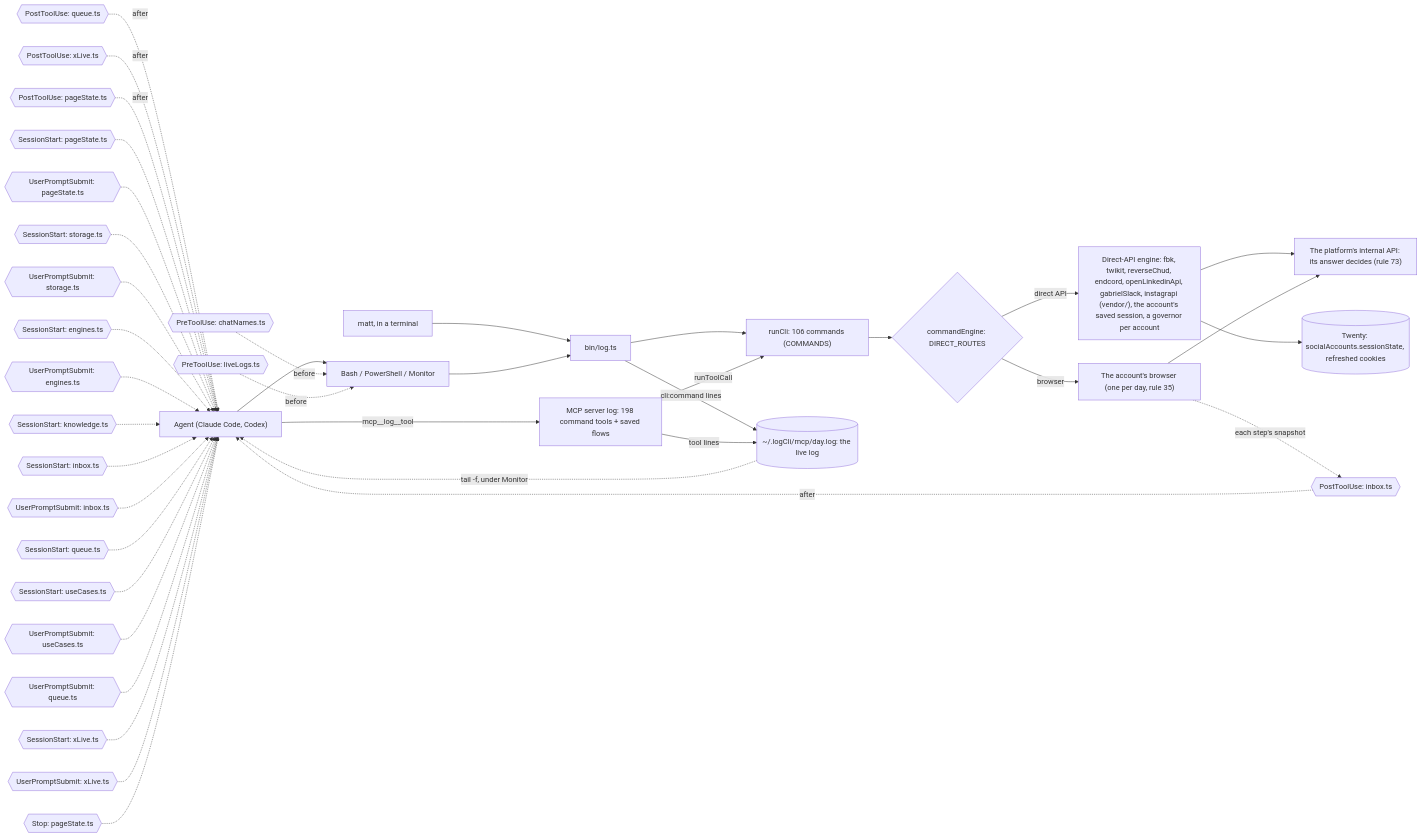
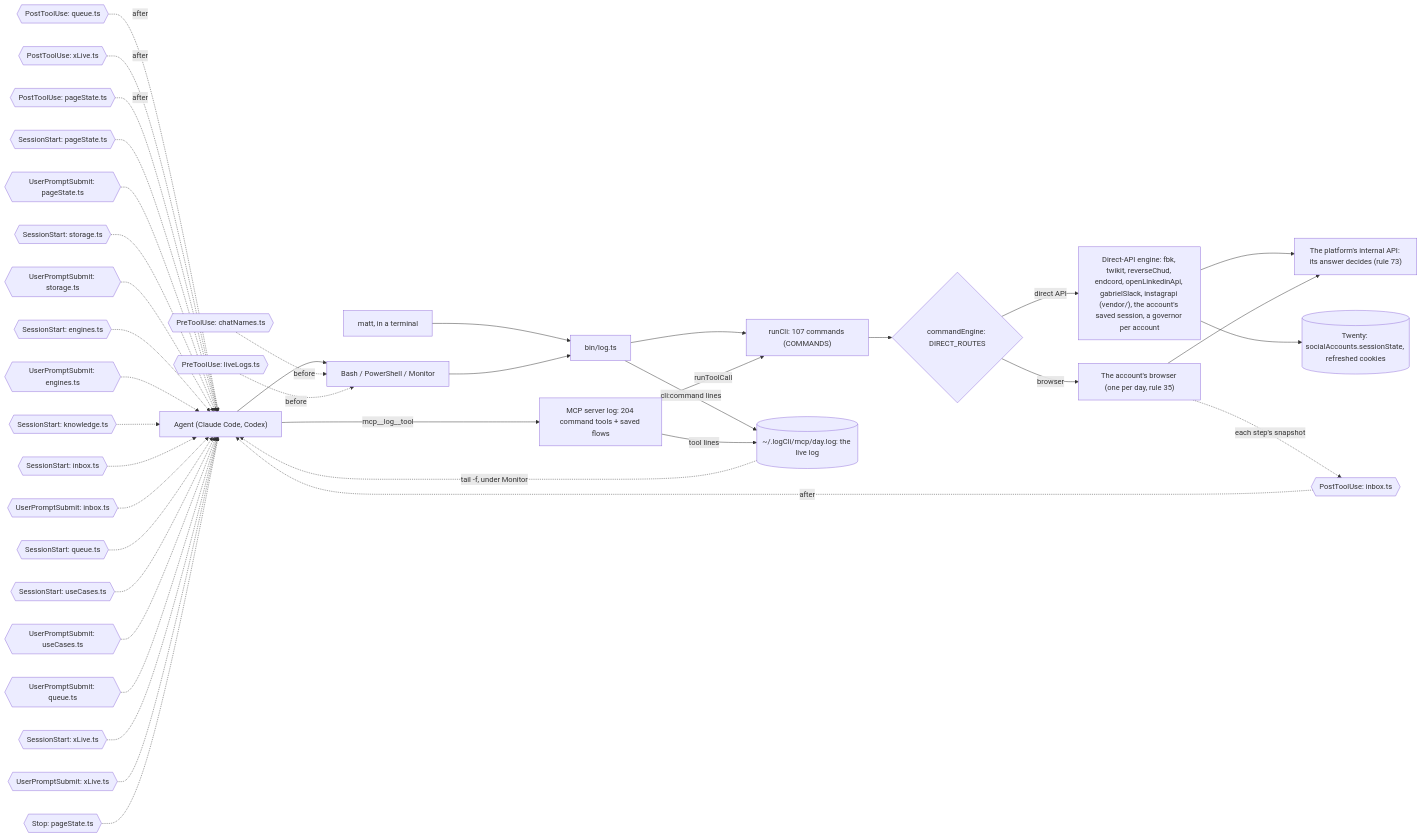
One commit to matthewdonsemail-lab/log changed the third of 6 diagrams in docs/reference.md. Above: the diagram before and after it, drawn with Mermaid. The commit also changed other lines of this file and 79 other files, not shown here.

````diff
--- a/docs/reference.md
+++ b/docs/reference.md
@@ -195,53 +195,53 @@
 ```mermaid
 flowchart LR
   agent["Agent (Claude Code, Codex)"]
   matt["matt, in a terminal"]
   shell["Bash / PowerShell / Monitor"]
-  mcp["MCP server log: 198 command tools + saved flows"]
+  mcp["MCP server log: 204 command tools + saved flows"]
   bin["bin/log.ts"]
-  runCli["runCli: 106 commands (COMMANDS)"]
+  runCli["runCli: 107 commands (COMMANDS)"]
   live[("~/.logCli/mcp/day.log: the live log")]
   engine{"commandEngine: DIRECT_ROUTES"}
   direct["Direct-API engine: fbk, twikit, reverseChud, endcord, openLinkedinApi, gabrielSlack, instagrapi (vendor/), the account's saved session, a governor per account"]
   browser["The account's browser (one per day, rule 35)"]
   api["The platform's internal API: its answer decides (rule 73)"]
   twenty[("Twenty: socialAccounts.sessionState, refreshed cookies")]
   agent --> shell
   matt --> bin
   shell --> bin
   agent -->|mcp__log__tool| mcp
   bin --> runCli
   mcp -->|runToolCall| runCli
   runCli --> engine
   engine -->|direct API| direct
   engine -->|browser| browser
   direct --> api
   browser --> api
   direct --> twenty
   bin -->|cli:command lines| live
   mcp -->|tool lines| live
   live -.->|tail -f, under Monitor| agent
   pre0{{"PreToolUse: chatNames.ts"}} -.->|before| shell
   pre1{{"PreToolUse: liveLogs.ts"}} -.->|before| shell
   post0{{"PostToolUse: inbox.ts"}} -.->|after| agent
   post1{{"PostToolUse: queue.ts"}} -.->|after| agent
   post2{{"PostToolUse: xLive.ts"}} -.->|after| agent
   post3{{"PostToolUse: pageState.ts"}} -.->|after| agent
   turn0{{"SessionStart: pageState.ts"}} -.-> agent
   turn1{{"UserPromptSubmit: pageState.ts"}} -.-> agent
   turn2{{"SessionStart: storage.ts"}} -.-> agent
   turn3{{"UserPromptSubmit: storage.ts"}} -.-> agent
   turn4{{"SessionStart: engines.ts"}} -.-> agent
   turn5{{"UserPromptSubmit: engines.ts"}} -.-> agent
   turn6{{"SessionStart: knowledge.ts"}} -.-> agent
   turn7{{"SessionStart: inbox.ts"}} -.-> agent
   turn8{{"UserPromptSubmit: inbox.ts"}} -.-> agent
   turn9{{"SessionStart: queue.ts"}} -.-> agent
   turn10{{"SessionStart: useCases.ts"}} -.-> agent
   turn11{{"UserPromptSubmit: useCases.ts"}} -.-> agent
   turn12{{"UserPromptSubmit: queue.ts"}} -.-> agent
   turn13{{"SessionStart: xLive.ts"}} -.-> agent
   turn14{{"UserPromptSubmit: xLive.ts"}} -.-> agent
   turn15{{"Stop: pageState.ts"}} -.-> agent
   browser -.->|each step's snapshot| post0
 ```
````
